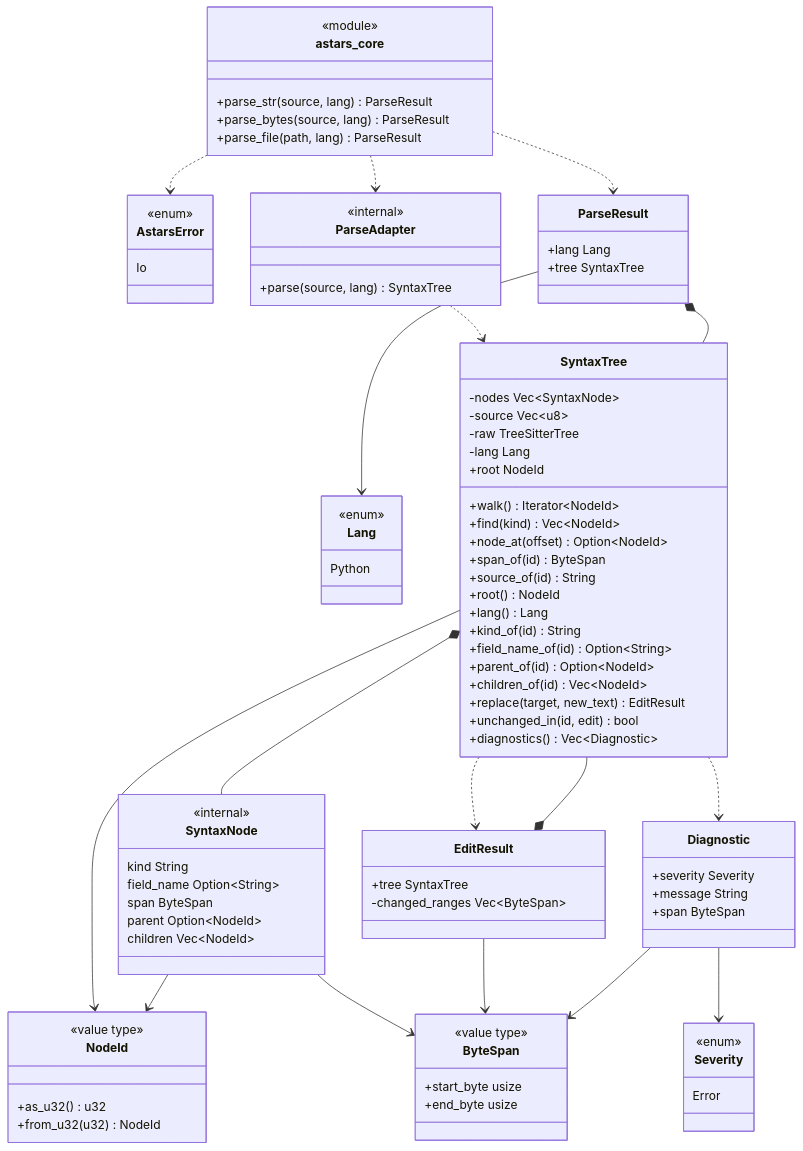
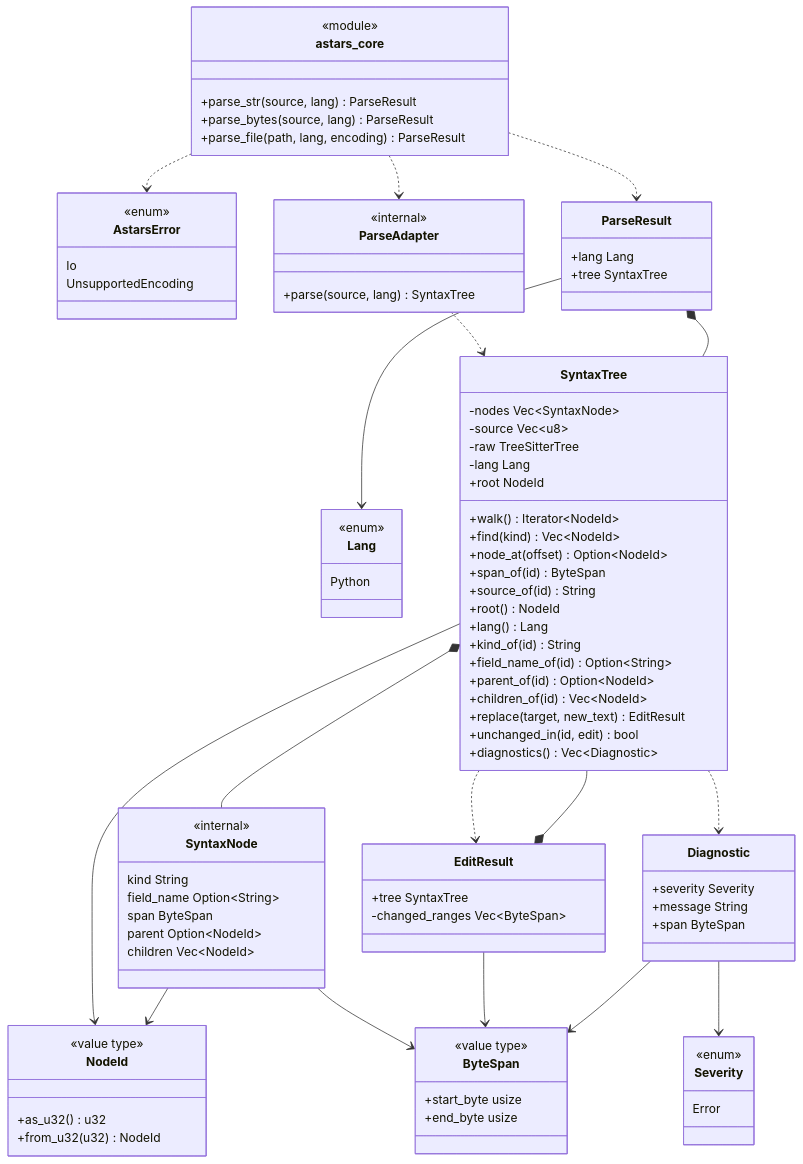
One commit to xwasoux/astars changed the first of 4 diagrams in docs/architecture/ARCHITECTURE.ja.md. Above: the diagram before and after it, drawn with Mermaid. The commit also changed other lines of this file and 6 other files, not shown here.

```diff
--- a/docs/architecture/ARCHITECTURE.ja.md
+++ b/docs/architecture/ARCHITECTURE.ja.md
@@ -27,6 +27,7 @@
     class AstarsError {
         <<enum>>
         Io
+        UnsupportedEncoding
     }
     class Severity {
         <<enum>>
@@ -92,7 +93,7 @@
         <<module>>
         +parse_str(source, lang) ParseResult
         +parse_bytes(source, lang) ParseResult
-        +parse_file(path, lang) ParseResult
+        +parse_file(path, lang, encoding) ParseResult
     }
 
     astars_core ..> ParseAdapter
```
